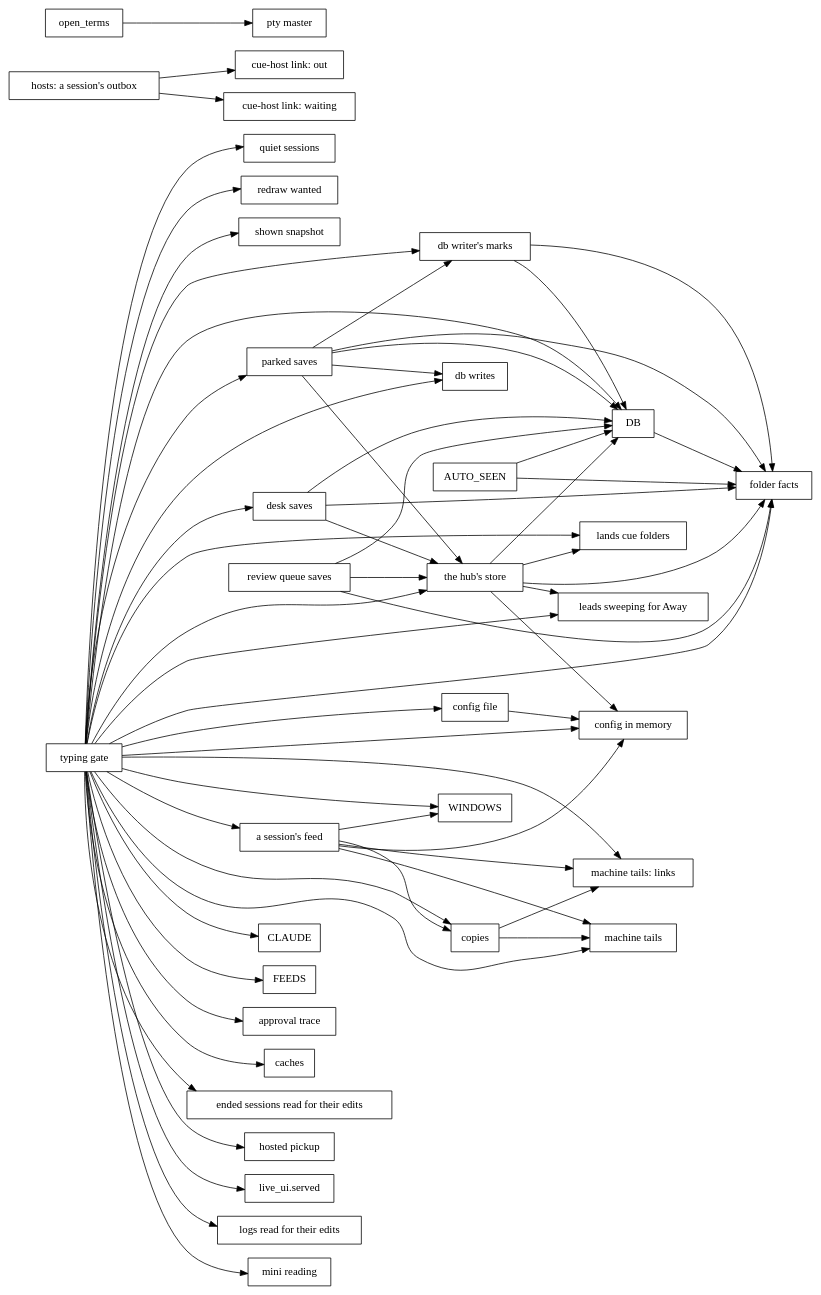
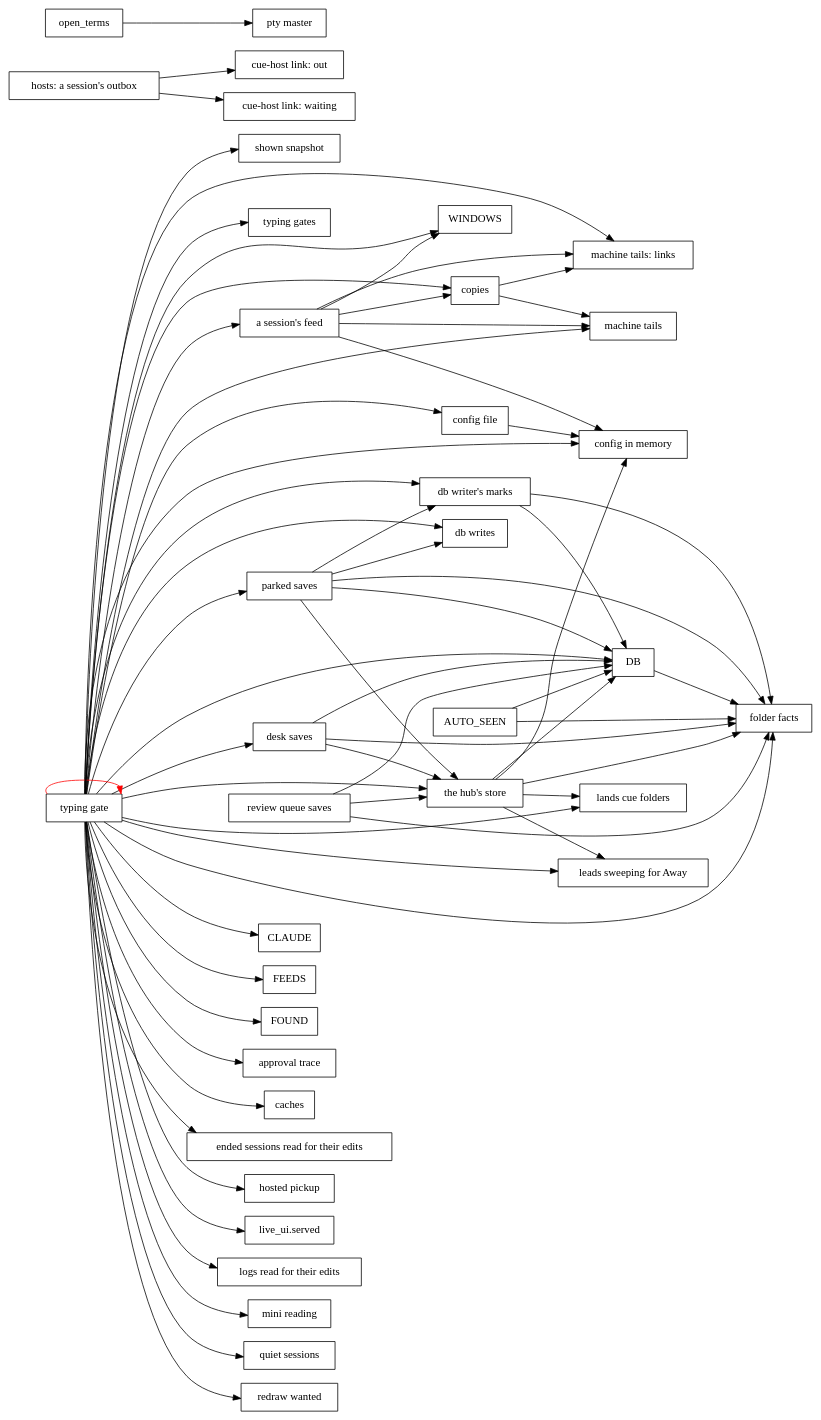
One commit to spacegrowth/cue changed the diagram in docs/dev/lock-graph.dot. Above: the diagram before and after it, drawn with Graphviz. The commit also changed 205 other files, not shown here.

```diff
--- a/docs/dev/lock-graph.dot
+++ b/docs/dev/lock-graph.dot
@@ -1,65 +1,68 @@
 // Generated by `cargo run -p xtask -- inventory`; don't edit by hand.
 digraph locks {
   rankdir=LR;
   node [shape=box];
   "AUTO_SEEN" -> "DB";
   "AUTO_SEEN" -> "folder facts";
   "DB" -> "folder facts";
   "a session's feed" -> "WINDOWS";
   "a session's feed" -> "config in memory";
   "a session's feed" -> "copies";
   "a session's feed" -> "machine tails";
   "a session's feed" -> "machine tails: links";
   "config file" -> "config in memory";
   "copies" -> "machine tails";
   "copies" -> "machine tails: links";
   "db writer's marks" -> "DB";
   "db writer's marks" -> "folder facts";
   "desk saves" -> "DB";
   "desk saves" -> "folder facts";
   "desk saves" -> "the hub's store";
   "hosts: a session's outbox" -> "cue-host link: out";
   "hosts: a session's outbox" -> "cue-host link: waiting";
   "open_terms" -> "pty master";
   "parked saves" -> "DB";
   "parked saves" -> "db writer's marks";
   "parked saves" -> "db writes";
   "parked saves" -> "folder facts";
   "parked saves" -> "the hub's store";
   "review queue saves" -> "DB";
   "review queue saves" -> "folder facts";
   "review queue saves" -> "the hub's store";
   "the hub's store" -> "DB";
   "the hub's store" -> "config in memory";
   "the hub's store" -> "folder facts";
   "the hub's store" -> "lands cue folders";
   "the hub's store" -> "leads sweeping for Away";
   "typing gate" -> "CLAUDE";
   "typing gate" -> "DB";
   "typing gate" -> "FEEDS";
+  "typing gate" -> "FOUND";
   "typing gate" -> "WINDOWS";
   "typing gate" -> "a session's feed";
   "typing gate" -> "approval trace";
   "typing gate" -> "caches";
   "typing gate" -> "config file";
   "typing gate" -> "config in memory";
   "typing gate" -> "copies";
   "typing gate" -> "db writer's marks";
   "typing gate" -> "db writes";
   "typing gate" -> "desk saves";
   "typing gate" -> "ended sessions read for their edits";
   "typing gate" -> "folder facts";
   "typing gate" -> "hosted pickup";
   "typing gate" -> "lands cue folders";
   "typing gate" -> "leads sweeping for Away";
   "typing gate" -> "live_ui.served";
   "typing gate" -> "logs read for their edits";
   "typing gate" -> "machine tails";
   "typing gate" -> "machine tails: links";
   "typing gate" -> "mini reading";
   "typing gate" -> "parked saves";
   "typing gate" -> "quiet sessions";
   "typing gate" -> "redraw wanted";
   "typing gate" -> "shown snapshot";
   "typing gate" -> "the hub's store";
+  "typing gate" -> "typing gate" [color=red];
+  "typing gate" -> "typing gates";
 }
```
